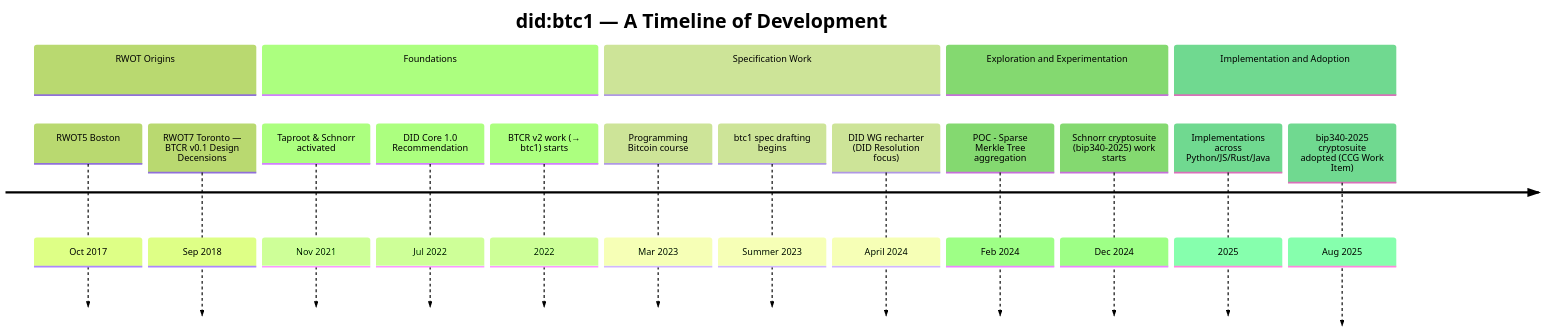
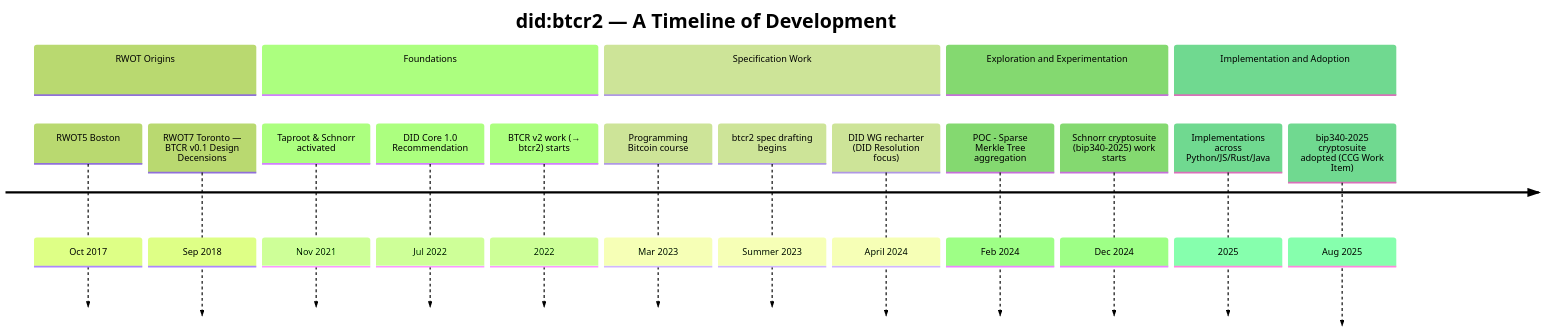
One commit to dcdpr/did-btcr2 changed the diagram in README.md. Above: the diagram before and after it, drawn with Mermaid (forest theme). The commit also changed other lines of this file, not shown here.

First line of the commit message:
README update to did:btcr2

````diff
--- a/README.md
+++ b/README.md
@@ -32,21 +32,21 @@
 ```mermaid
 timeline
-    title did:btc1 — A Timeline of Development
+    title did:btcr2 — A Timeline of Development
     section RWOT Origins
       RWOT5 Boston  : Oct 2017
       RWOT7 Toronto — BTCR v0.1 Design Decensions : Sep 2018
     section Foundations
       Taproot & Schnorr activated : Nov 2021
       DID Core 1.0 Recommendation : Jul 2022
-      BTCR v2 work (→ btc1) starts : 2022
+      BTCR v2 work (→ btcr2) starts : 2022
     section Specification Work
       Programming Bitcoin course : Mar 2023
-      btc1 spec drafting begins : Summer 2023
+      btcr2 spec drafting begins : Summer 2023
       DID WG recharter (DID Resolution focus) : April 2024
     section Exploration and Experimentation
       POC - Sparse Merkle Tree aggregation : Feb 2024
       Schnorr cryptosuite (bip340-2025) work starts : Dec 2024
     section Implementation and Adoption
       Implementations across Python/JS/Rust/Java : 2025
       bip340-2025 cryptosuite adopted (CCG Work Item) : Aug 2025
 ```
````
